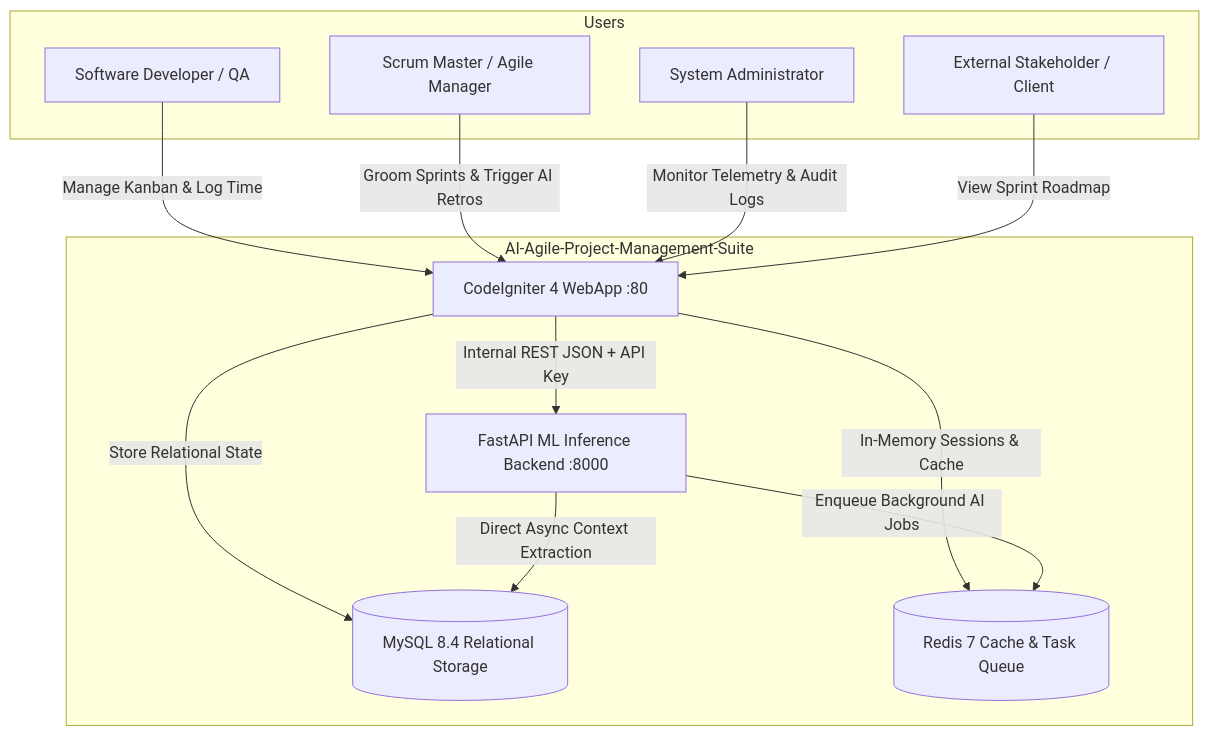
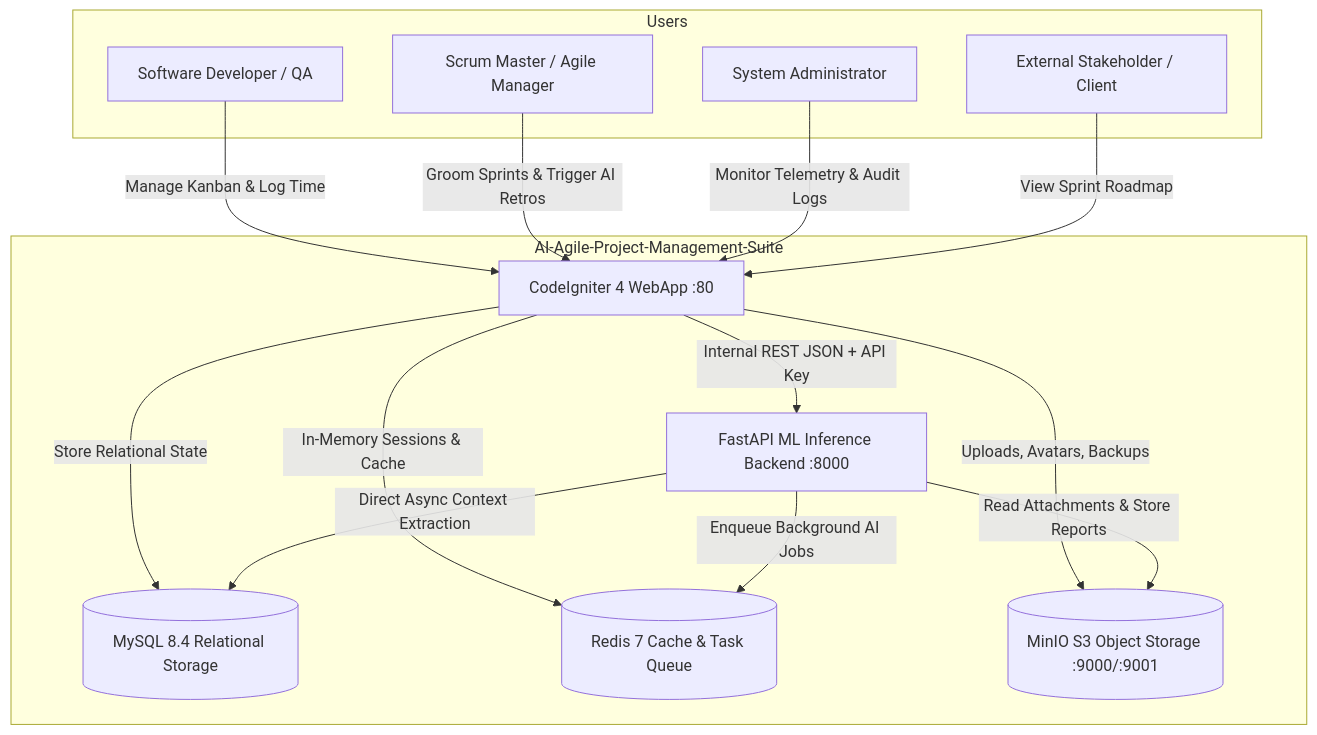
Before and after one commit to Niccher/AI-Agile-Project-Management-Suite: the first of 2 diagrams in docs/architecture/overview.md, drawn with Mermaid. The commit also changed other lines of this file and 28 other files, not shown here.

````diff
--- a/docs/architecture/overview.md
+++ b/docs/architecture/overview.md
@@ -9,26 +9,29 @@
 ```mermaid
 flowchart TD
     subgraph Users
         Dev[Software Developer / QA]
         Mgr[Scrum Master / Agile Manager]
         Admin[System Administrator]
         Client[External Stakeholder / Client]
     end
 
     subgraph Suite["AI-Agile-Project-Management-Suite"]
         Web[CodeIgniter 4 WebApp :80]
         ML[FastAPI ML Inference Backend :8000]
         MySQL[(MySQL 8.4 Relational Storage)]
         Redis[(Redis 7 Cache & Task Queue)]
+        MinIO[(MinIO S3 Object Storage :9000/:9001)]
     end
 
     Dev -->|Manage Kanban & Log Time| Web
     Mgr -->|Groom Sprints & Trigger AI Retros| Web
     Admin -->|Monitor Telemetry & Audit Logs| Web
     Client -->|View Sprint Roadmap| Web
     Web -->|Internal REST JSON + API Key| ML
     Web -->|Store Relational State| MySQL
     Web -->|In-Memory Sessions & Cache| Redis
+    Web -->|Uploads, Avatars, Backups| MinIO
     ML -->|Direct Async Context Extraction| MySQL
     ML -->|Enqueue Background AI Jobs| Redis
+    ML -->|Read Attachments & Store Reports| MinIO
 ```
````
